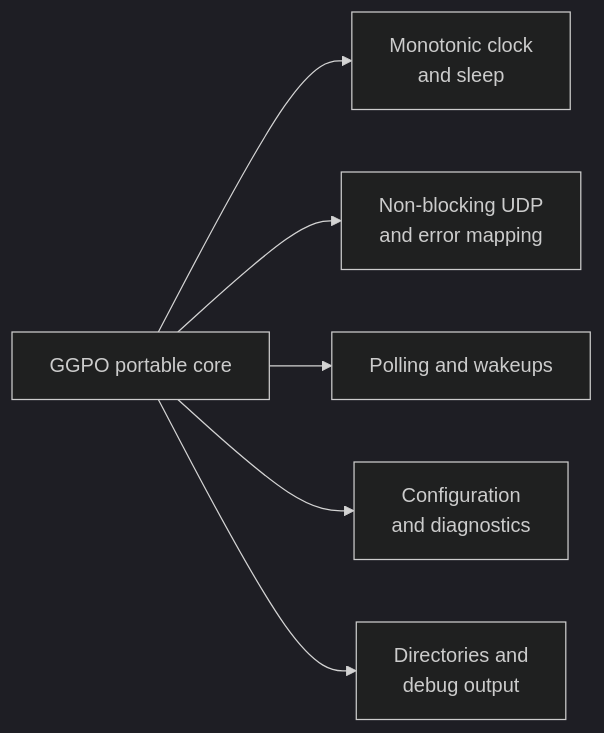
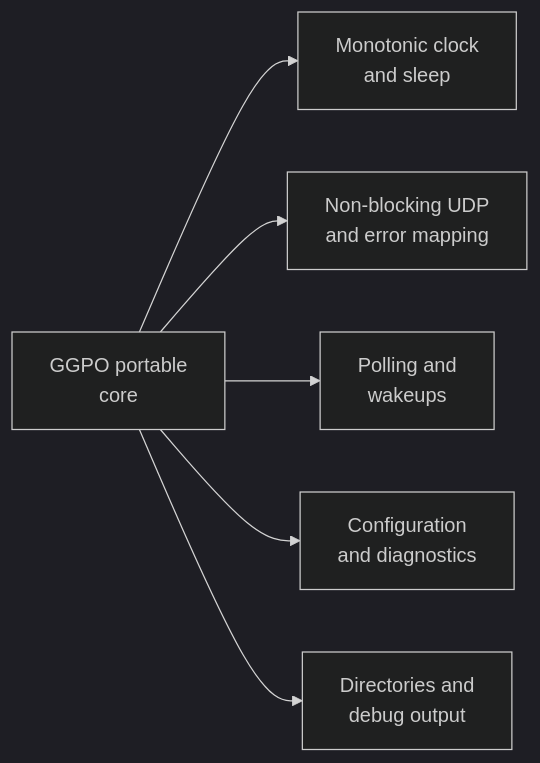
Before and after one commit to irregularthanis/ggpo-next: the diagram in doc/architecture/Portability.md, drawn with Mermaid (dark theme). The commit also changed 9 other files, not shown here.

Commit message:
docs: wrap Mermaid diagram labels

````diff
--- a/doc/architecture/Portability.md
+++ b/doc/architecture/Portability.md
@@ -49,15 +49,15 @@
 ```mermaid
 flowchart LR
-    Core["GGPO portable core"]
+    Core["GGPO portable<br/>core"]
     Clock["Monotonic clock<br/>and sleep"]
     Socket["Non-blocking UDP<br/>and error mapping"]
-    Poll["Polling and wakeups"]
+    Poll["Polling and<br/>wakeups"]
     Config["Configuration<br/>and diagnostics"]
     Files["Directories and<br/>debug output"]
 
     Core --> Clock
     Core --> Socket
     Core --> Poll
     Core --> Config
     Core --> Files
 ```
````
